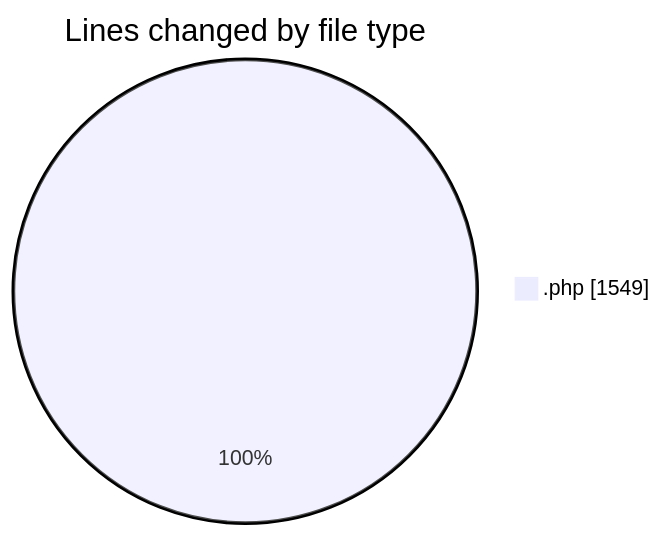
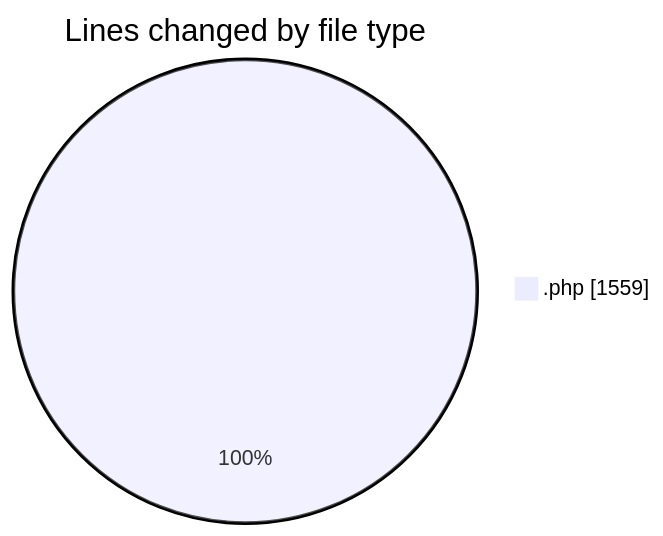
The first of 2 diagrams in 2025-04-17/zeytoon/README.md (vahidmafi/code-tracking), drawn with Mermaid before and after one commit. The commit also changed other lines of this file and 1 other file, not shown here.

````diff
--- a/2025-04-17/zeytoon/README.md
+++ b/2025-04-17/zeytoon/README.md
@@ -23,5 +23,5 @@
 ```mermaid
 pie showData
 title Lines changed by file type
-".php" : 1549
+".php" : 1559
 ```
````
